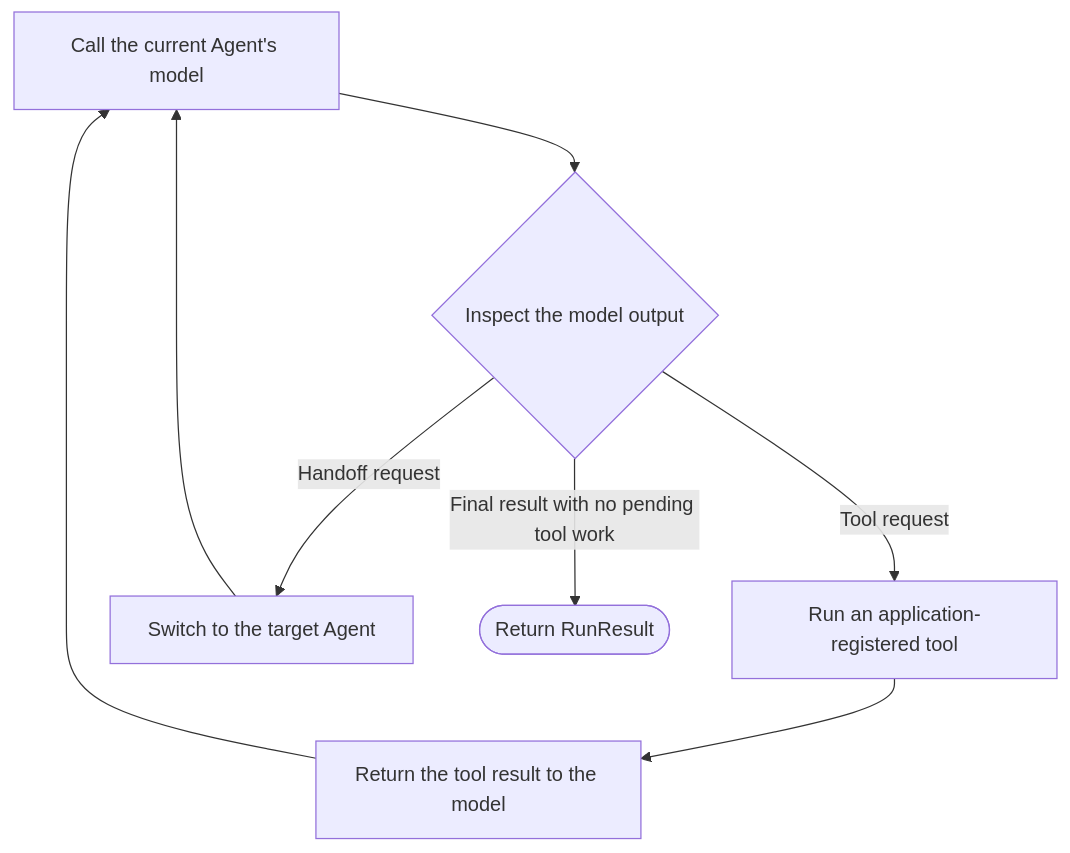
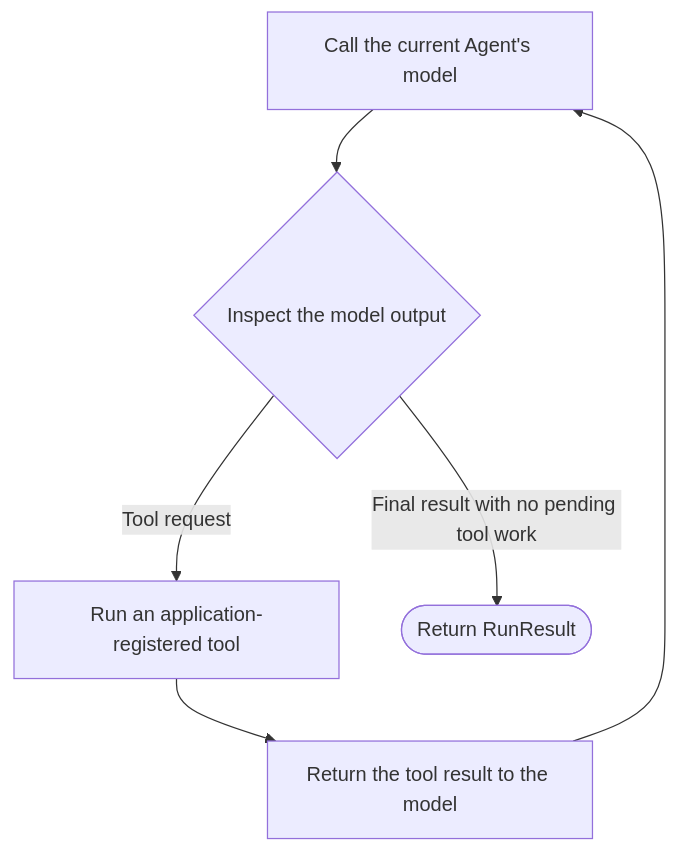
Before and after one commit to M1racleShih/openai-agents-sdk-learning-lab: the diagram in docs/lessons/m00-first-agent.en.md, drawn with Mermaid. The commit also changed other lines of this file and 34 other files, not shown here.

````diff
--- a/docs/lessons/m00-first-agent.en.md
+++ b/docs/lessons/m00-first-agent.en.md
@@ -48,10 +50,8 @@
 ```mermaid
 flowchart TD
     A["Call the current Agent's model"] --> B{"Inspect the model output"}
     B -->|"Tool request"| C["Run an application-registered tool"]
     C --> D["Return the tool result to the model"]
     D --> A
-    B -->|"Handoff request"| E["Switch to the target Agent"]
-    E --> A
     B -->|"Final result with no pending tool work"| F(["Return RunResult"])
 ```
````
